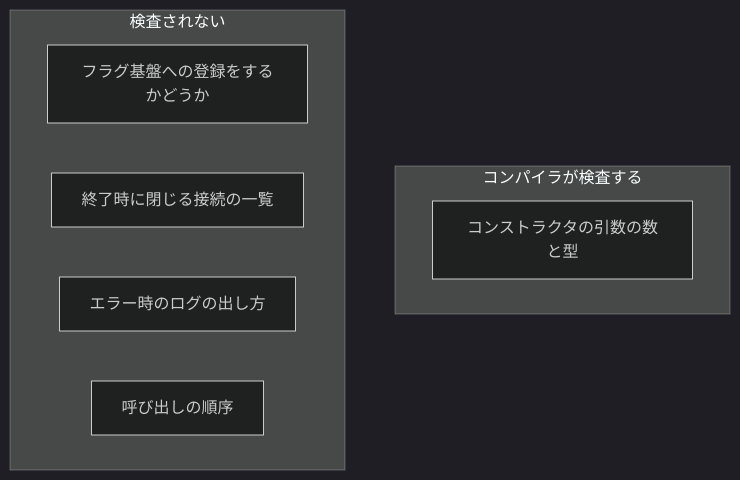
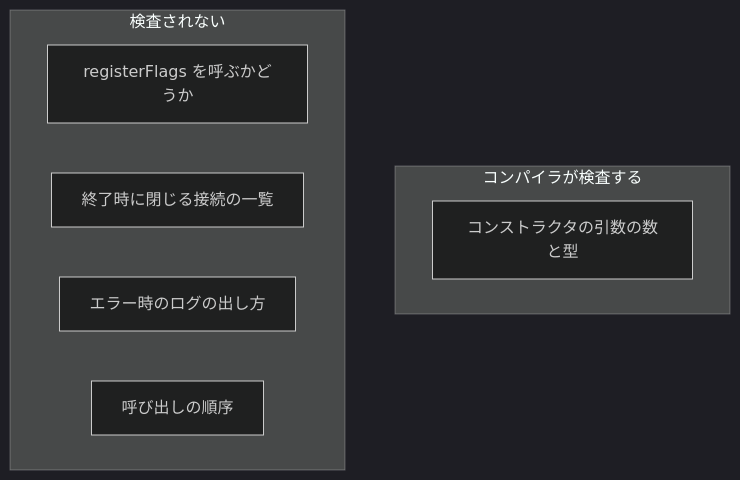
Before and after one commit to rikukaInoue/rikukadev: the second of 6 diagrams in src/content/blog/go-di-library-when.mdx, drawn with Mermaid (dark theme). The commit also changed other lines of this file, not shown here.

````diff
--- a/src/content/blog/go-di-library-when.mdx
+++ b/src/content/blog/go-di-library-when.mdx
@@ -108,12 +170,12 @@
 ```mermaid
 graph TB
     subgraph checked["コンパイラが検査する"]
         C1["コンストラクタの引数の数と型"]
     end
     subgraph unchecked["検査されない"]
-        U1["フラグ基盤への登録をするかどうか"]
+        U1["registerFlags を呼ぶかどうか"]
         U2["終了時に閉じる接続の一覧"]
         U3["エラー時のログの出し方"]
         U4["呼び出しの順序"]
     end
 ```
````
